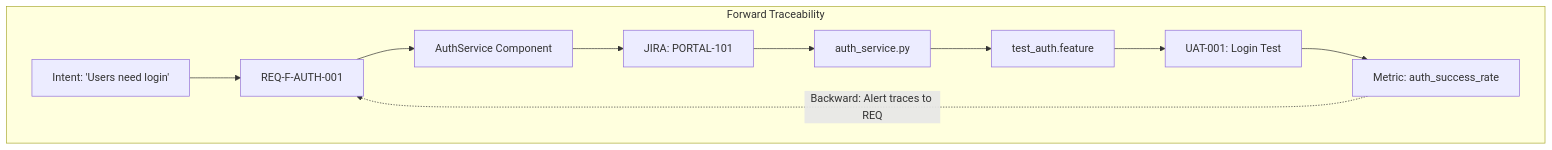
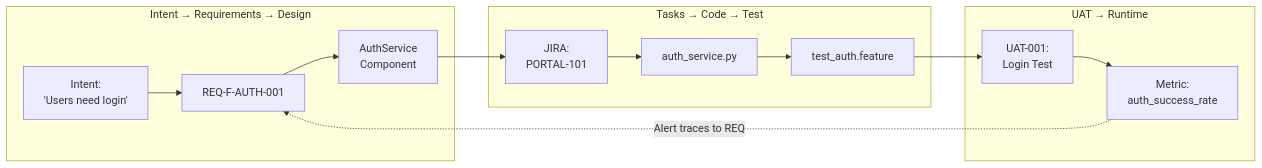
One commit to foolishimp/ai_sdlc_method changed the sixth of 11 diagrams in docs/presentations/AI_SDLC_PRESENTATION.md. Above: the diagram before and after it, drawn with Mermaid. The commit also changed other lines of this file and 15 other files, not shown here.

````diff
--- a/docs/presentations/AI_SDLC_PRESENTATION.md
+++ b/docs/presentations/AI_SDLC_PRESENTATION.md
@@ -219,23 +229,18 @@
 ```mermaid
-flowchart TB
-    subgraph Forward["Forward Traceability"]
-        I["Intent: 'Users need login'"]
-        R["REQ-F-AUTH-001"]
-        D["AuthService Component"]
-        T["JIRA: PORTAL-101"]
-        C["auth_service.py"]
-        S["test_auth.feature"]
-        U["UAT-001: Login Test"]
-        M["Metric: auth_success_rate"]
+flowchart LR
+    subgraph Row1["Intent → Requirements → Design"]
+        I["Intent:<br/>'Users need login'"] --> R["REQ-F-AUTH-001"] --> D["AuthService<br/>Component"]
     end
 
-    I --> R
-    R --> D
+    subgraph Row2["Tasks → Code → Test"]
+        T["JIRA:<br/>PORTAL-101"] --> C["auth_service.py"] --> S["test_auth.feature"]
+    end
+
+    subgraph Row3["UAT → Runtime"]
+        U["UAT-001:<br/>Login Test"] --> M["Metric:<br/>auth_success_rate"]
+    end
+
     D --> T
-    T --> C
-    C --> S
     S --> U
-    U --> M
-
-    M -.->|"Backward: Alert traces to REQ"| R
+    M -.->|"Alert traces to REQ"| R
 ```
````
